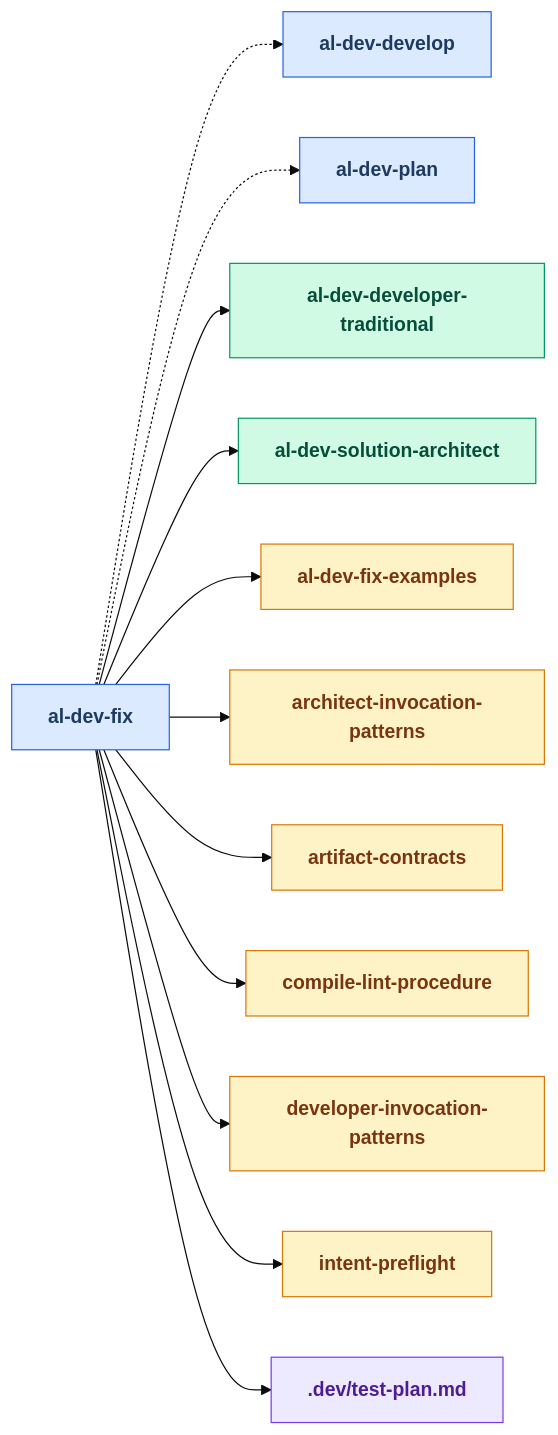
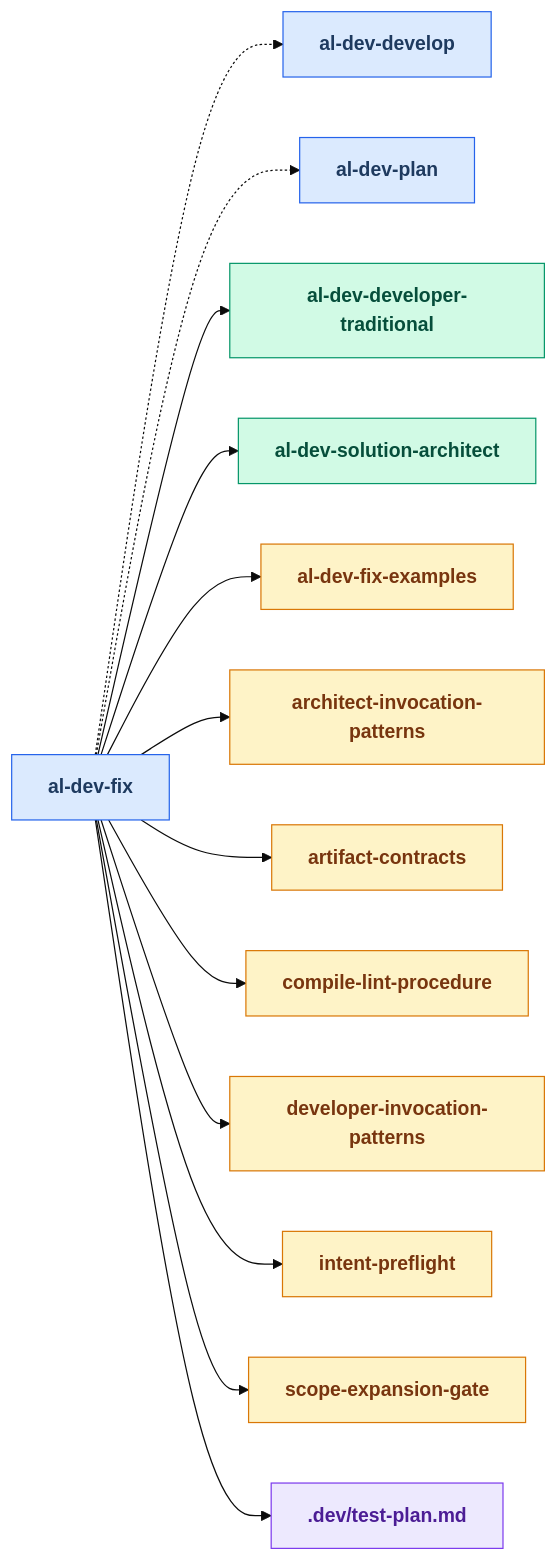
One commit to russell-laing/al-dev-shared changed the fifth of 25 diagrams in docs/al-dev-skills-map.md. Above: the diagram before and after it, drawn with Mermaid (base theme). The commit also changed other lines of this file and 6 other files, not shown here.

````diff
--- a/docs/al-dev-skills-map.md
+++ b/docs/al-dev-skills-map.md
@@ -237,46 +237,49 @@
 ```mermaid
 flowchart LR
     classDef skillNode fill:#dbeafe,stroke:#2563eb,color:#1e3a5f,font-weight:bold
     classDef agentNode fill:#d1fae5,stroke:#059669,color:#064e3b,font-weight:bold
     classDef knowledgeNode fill:#fef3c7,stroke:#d97706,color:#78350f,font-weight:bold
     classDef artifactNode fill:#ede9fe,stroke:#7c3aed,color:#4c1d95,font-weight:bold
     classDef phaseNode fill:#e0e7ff,stroke:#6366f1,color:#312e81,font-weight:bold
 
     skill_al_dev_fix[al-dev-fix]
     skill_al_dev_develop[al-dev-develop]
     skill_al_dev_plan[al-dev-plan]
     agent_al_dev_developer_traditional[al-dev-developer-traditional]
     agent_al_dev_solution_architect[al-dev-solution-architect]
     knowledge_al_dev_fix_examples_md[al-dev-fix-examples]
     knowledge_architect_invocation_patterns_md[architect-invocation-patterns]
     knowledge_artifact_contracts_md[artifact-contracts]
     knowledge_compile_lint_procedure_md[compile-lint-procedure]
     knowledge_developer_invocation_patterns_md[developer-invocation-patterns]
     knowledge_intent_preflight_md[intent-preflight]
+    knowledge_scope_expansion_gate_md[scope-expansion-gate]
     artifact_test_plan_md[.dev/test-plan.md]
 
     skill_al_dev_fix -.-> skill_al_dev_develop
     skill_al_dev_fix -.-> skill_al_dev_plan
     skill_al_dev_fix --> agent_al_dev_developer_traditional
     skill_al_dev_fix --> agent_al_dev_solution_architect
     skill_al_dev_fix --> knowledge_al_dev_fix_examples_md
     skill_al_dev_fix --> knowledge_architect_invocation_patterns_md
     skill_al_dev_fix --> knowledge_artifact_contracts_md
     skill_al_dev_fix --> knowledge_compile_lint_procedure_md
     skill_al_dev_fix --> knowledge_developer_invocation_patterns_md
     skill_al_dev_fix --> knowledge_intent_preflight_md
+    skill_al_dev_fix --> knowledge_scope_expansion_gate_md
     skill_al_dev_fix --> artifact_test_plan_md
 
     class skill_al_dev_fix skillNode
     class skill_al_dev_develop skillNode
     class skill_al_dev_plan skillNode
     class agent_al_dev_developer_traditional agentNode
     class agent_al_dev_solution_architect agentNode
     class knowledge_al_dev_fix_examples_md knowledgeNode
     class knowledge_architect_invocation_patterns_md knowledgeNode
     class knowledge_artifact_contracts_md knowledgeNode
     class knowledge_compile_lint_procedure_md knowledgeNode
     class knowledge_developer_invocation_patterns_md knowledgeNode
     class knowledge_intent_preflight_md knowledgeNode
+    class knowledge_scope_expansion_gate_md knowledgeNode
     class artifact_test_plan_md artifactNode
 ```
````
